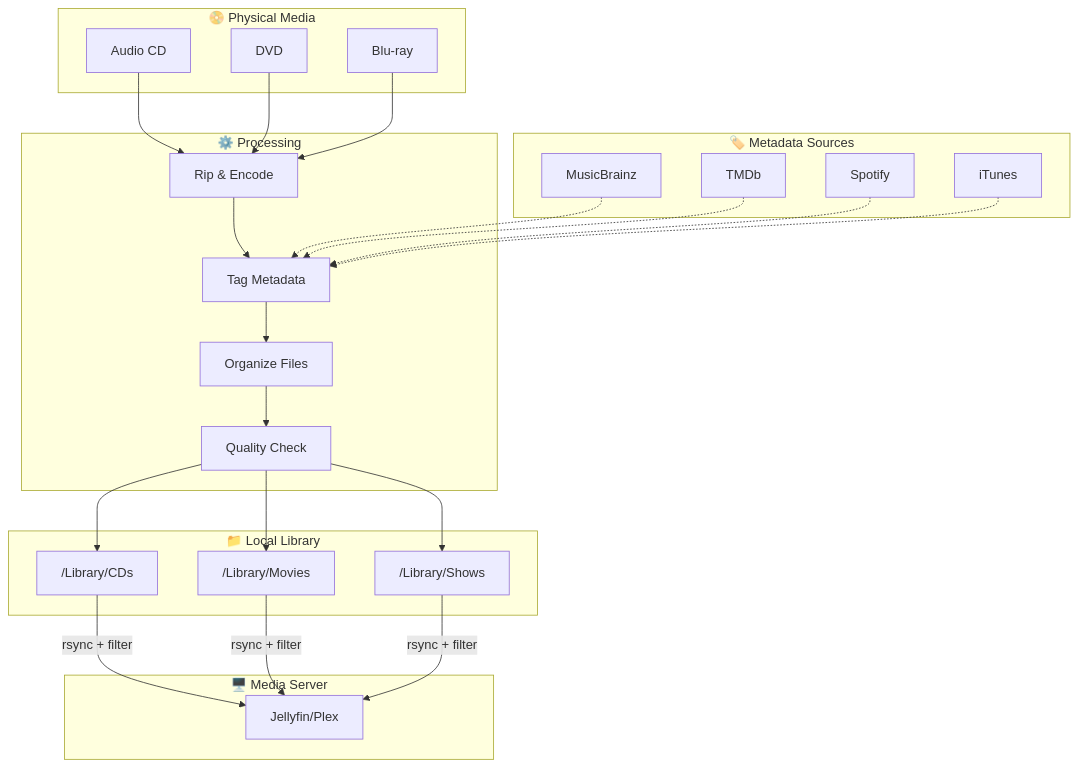
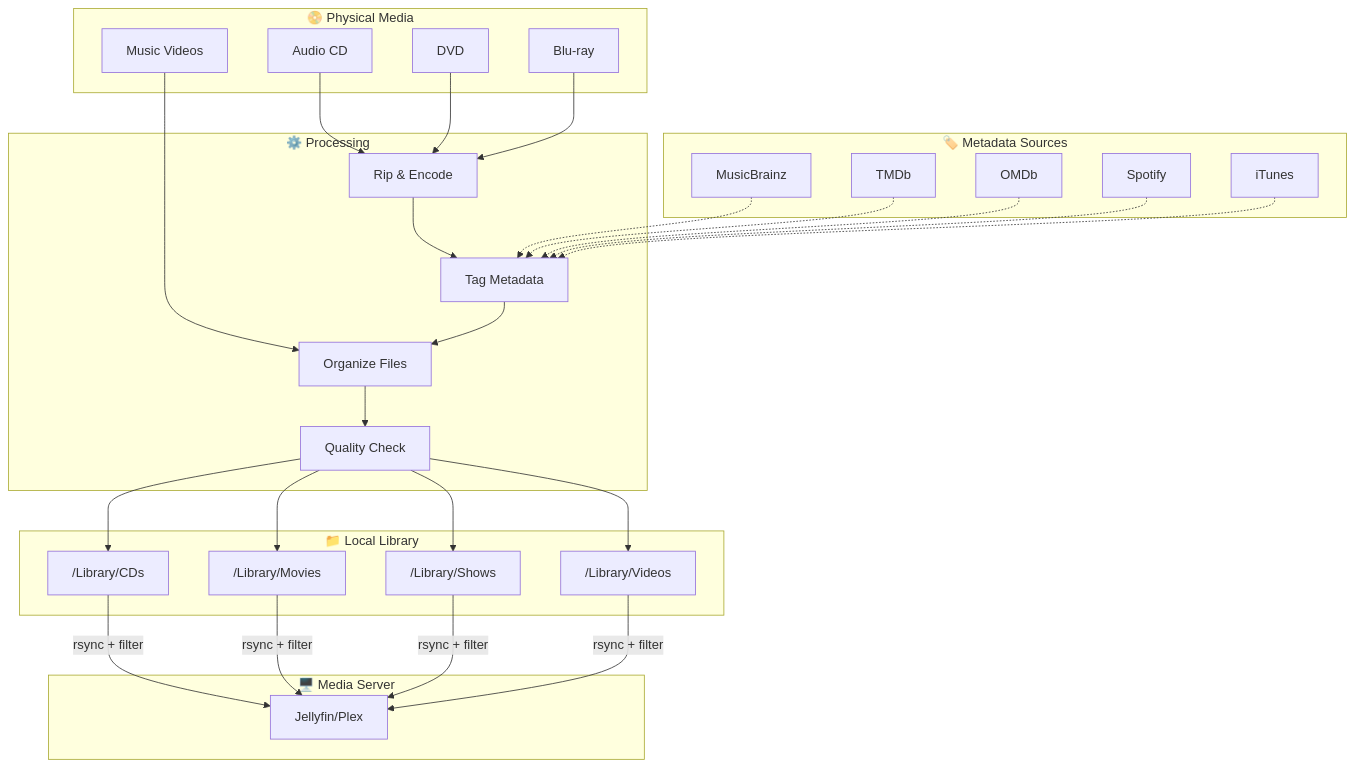
Before and after one commit to geniusworks/digital-archive-maker: the first of 5 diagrams in docs/workflow_overview.md, drawn with Mermaid. The commit also changed other lines of this file and 4 other files, not shown here.

````diff
--- a/docs/workflow_overview.md
+++ b/docs/workflow_overview.md
@@ -17,52 +17,60 @@
 ```mermaid
 flowchart TB
     subgraph INPUT["📀 Physical Media"]
         CD[Audio CD]
         DVD[DVD]
         BR[Blu-ray]
+        MV[Music Videos]
     end
 
     subgraph PROCESS["⚙️ Processing"]
         RIP[Rip & Encode]
         TAG[Tag Metadata]
         ORG[Organize Files]
         QA[Quality Check]
     end
 
     subgraph METADATA["🏷️ Metadata Sources"]
         MB[MusicBrainz]
         TMDB[TMDb]
+        OMDB[OMDb]
         SPOT[Spotify]
         ITUNES[iTunes]
     end
 
     subgraph OUTPUT["📁 Local Library"]
         MUSIC["/Library/CDs"]
         MOVIES["/Library/Movies"]
         SHOWS["/Library/Shows"]
+        VIDEOS["/Library/Videos"]
     end
 
     subgraph SERVER["🖥️ Media Server"]
         JELLY[Jellyfin/Plex]
     end
 
     CD --> RIP
     DVD --> RIP
     BR --> RIP
+    MV --> ORG
+
     RIP --> TAG
     TAG --> ORG
     ORG --> QA
 
     MB -.-> TAG
     TMDB -.-> TAG
+    OMDB -.-> TAG
     SPOT -.-> TAG
     ITUNES -.-> TAG
 
     QA --> MUSIC
     QA --> MOVIES
     QA --> SHOWS
+    QA --> VIDEOS
 
     MUSIC -->|rsync + filter| JELLY
     MOVIES -->|rsync + filter| JELLY
     SHOWS -->|rsync + filter| JELLY
+    VIDEOS -->|rsync + filter| JELLY
 ```
````
